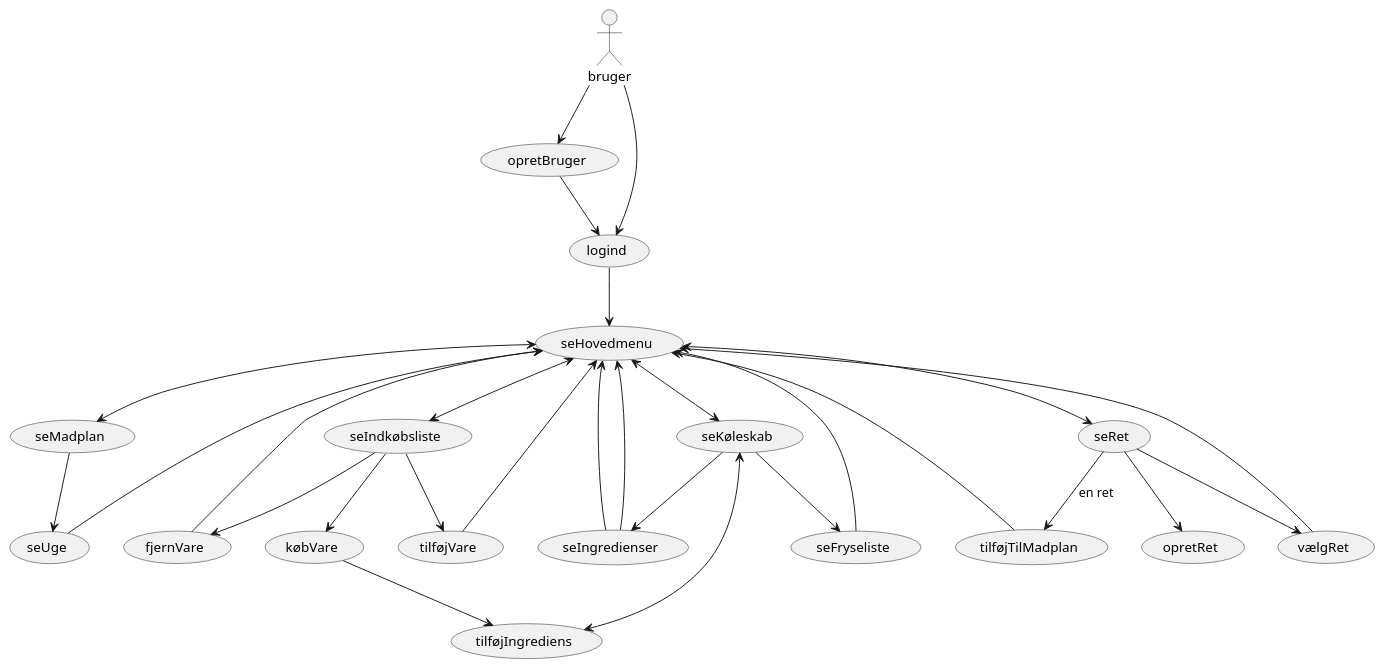
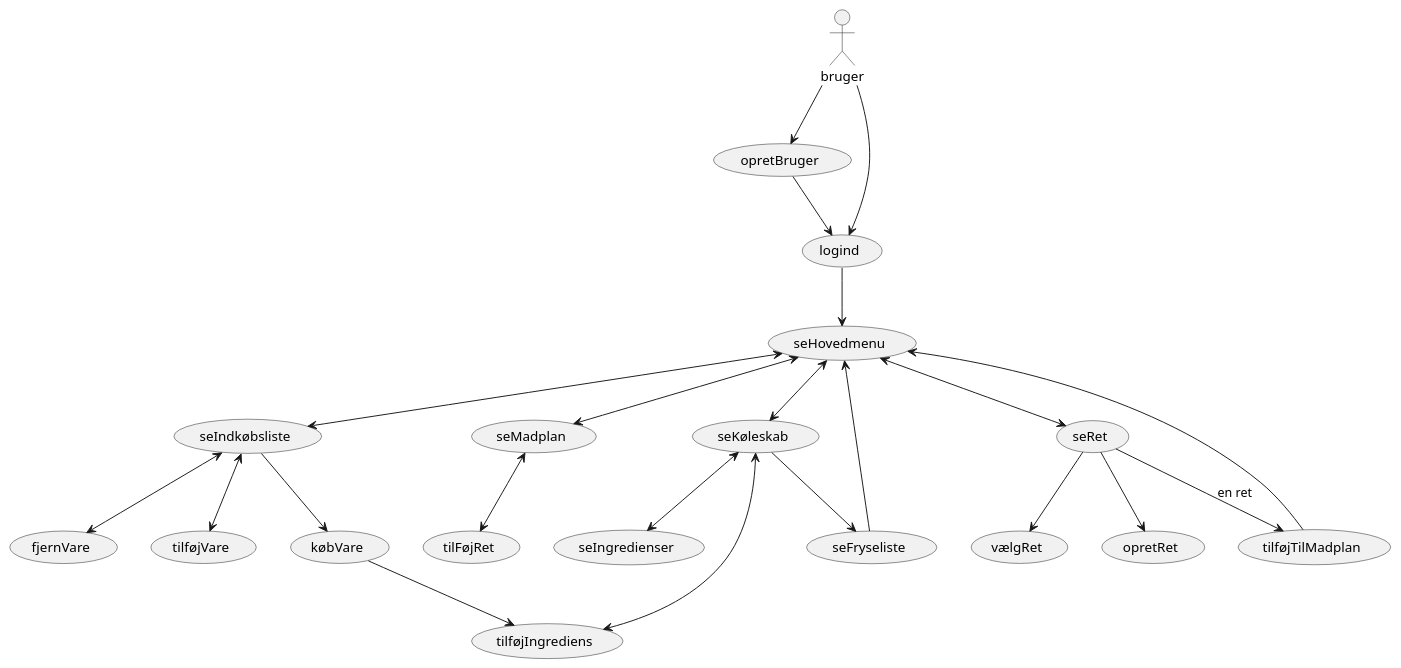
One commit to mrPrimeBeef/1.-Sem-ICE changed the diagram in ICE indkoebsListe/Doc/Dynamic/Usecases.puml. Above: the diagram before and after it, drawn with PlantUML. The commit also changed 5 other files, not shown here.

```diff
--- a/ICE indkoebsListe/Doc/Dynamic/Usecases.puml
+++ b/ICE indkoebsListe/Doc/Dynamic/Usecases.puml
@@ -1,89 +1,85 @@
 @startuml
 'https://plantuml.com/use-case-diagram
 
 actor bruger
 
 usecase opretBruger
 usecase logind
 
 usecase seHovedmenu
 
 
 
 'seRet
 usecase vælgRet
 usecase opretRet
 usecase tilføjTilMadplan
 
-usecase seUge
+usecase tilFøjRet
 
 'seKøleskab
 usecase seFryseliste
 usecase seIngredienser
 usecase tilføjIngrediens
 
 'seIndkøbsliste
 usecase fjernVare
 usecase tilføjVare
 usecase købVare
 
 'sehovedmenu
 usecase seIndkøbsliste
 usecase seMadplan
 usecase seKøleskab
 usecase seRet
 
 
 top to bottom direction
 bruger --> opretBruger
 bruger --> logind
 
 opretBruger --> logind
 
 logind --> seHovedmenu
 
 seHovedmenu <--> seIndkøbsliste
 seHovedmenu <--> seMadplan
 seHovedmenu <--> seKøleskab
 seHovedmenu <--> seRet
 
 
 seRet --> vælgRet
 seRet --> tilføjTilMadplan: en ret
 seRet --> opretRet
 
-vælgRet --> seHovedmenu
+
 tilføjTilMadplan --> seHovedmenu
 
-seKøleskab --> seIngredienser
+seKøleskab <--> seIngredienser
 seKøleskab --> seFryseliste
 seFryseliste --> seHovedmenu
-seIngredienser --> seHovedmenu
-
-seMadplan --> seUge
-seUge --> seHovedmenu
 
 
-seIndkøbsliste --> tilføjVare
-seIndkøbsliste --> fjernVare
+seMadplan <--> tilFøjRet
+
+
+seIndkøbsliste <--> tilføjVare
+seIndkøbsliste <--> fjernVare
 seIndkøbsliste --> købVare
 købVare --> tilføjIngrediens
 
 
-tilføjVare --> seHovedmenu
-fjernVare --> seHovedmenu
 
-seIngredienser --> seHovedmenu
 seKøleskab <--> tilføjIngrediens
 
 
 
 
 
 
 
 
 
 
 
 @enduml
```
